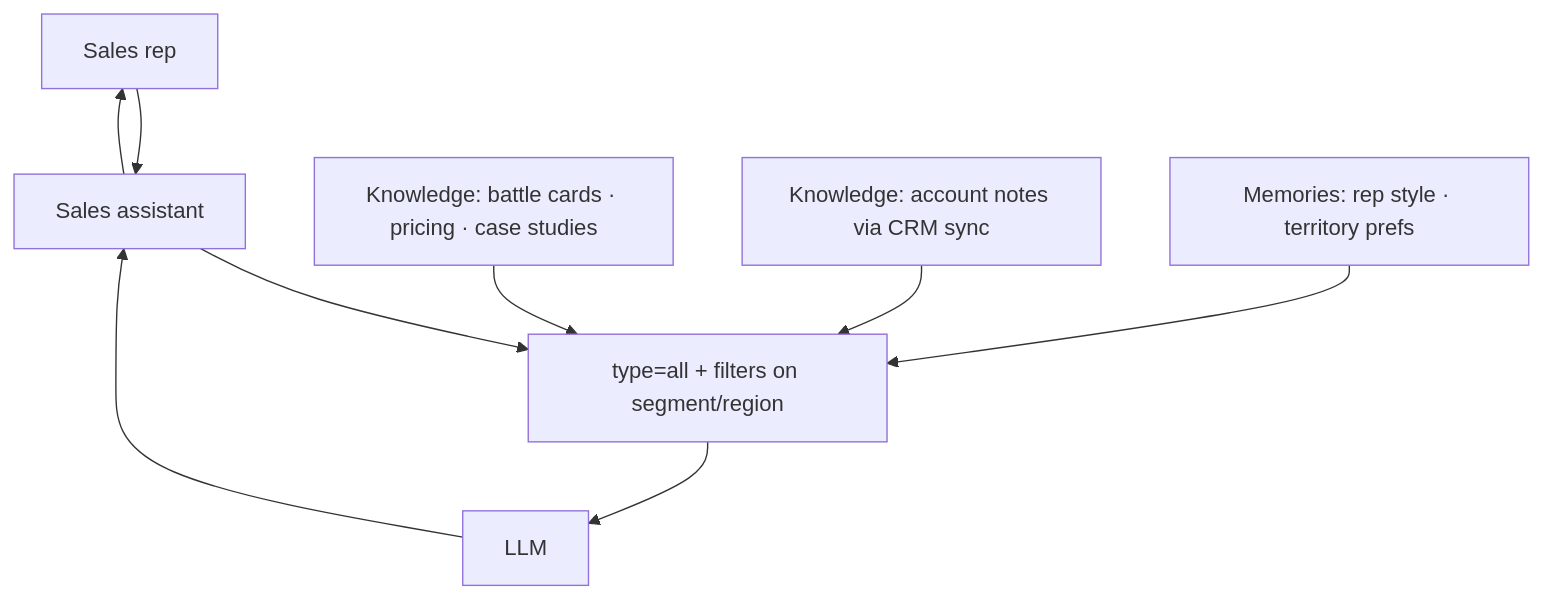
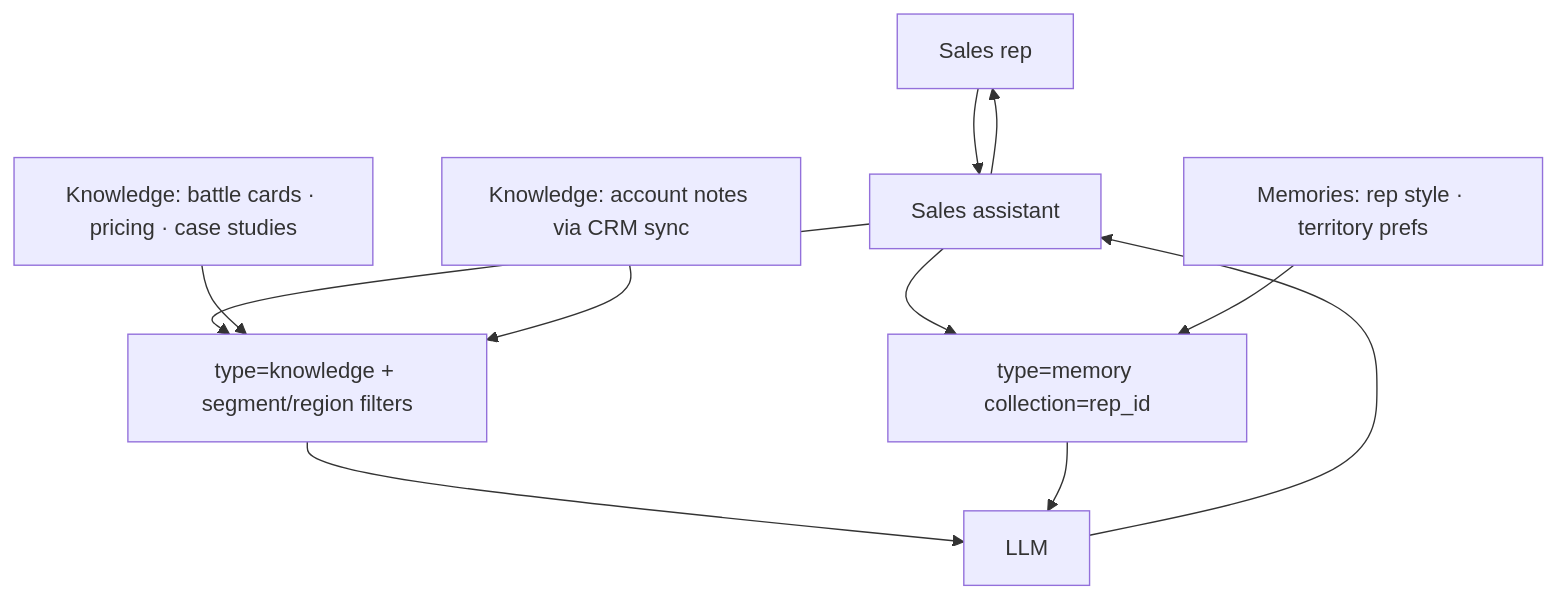
The sixth of 8 diagrams in essentials/v2/context-architecture/production-examples.mdx (hydra-db/mintlify-docs), drawn with Mermaid before and after one commit. The commit also changed other lines of this file and 7 other files, not shown here.

````diff
--- a/essentials/v2/context-architecture/production-examples.mdx
+++ b/essentials/v2/context-architecture/production-examples.mdx
@@ -177,16 +182,21 @@
 ```mermaid
 flowchart TB
   Rep[Sales rep]
   Assist[Sales assistant]
   K[Knowledge: battle cards · pricing · case studies]
   A[Knowledge: account notes via CRM sync]
   M[Memories: rep style · territory prefs]
-  Q[type=all + filters on segment/region]
+  QK[type=knowledge + segment/region filters]
+  QM[type=memory collection=rep_id]
   LLM[LLM]
 
-  Rep --> Assist --> Q
-  K --> Q
-  A --> Q
-  M --> Q
-  Q --> LLM --> Assist --> Rep
+  Rep --> Assist
+  Assist --> QK
+  Assist --> QM
+  K --> QK
+  A --> QK
+  M --> QM
+  QK --> LLM
+  QM --> LLM
+  LLM --> Assist --> Rep
 ```
````
